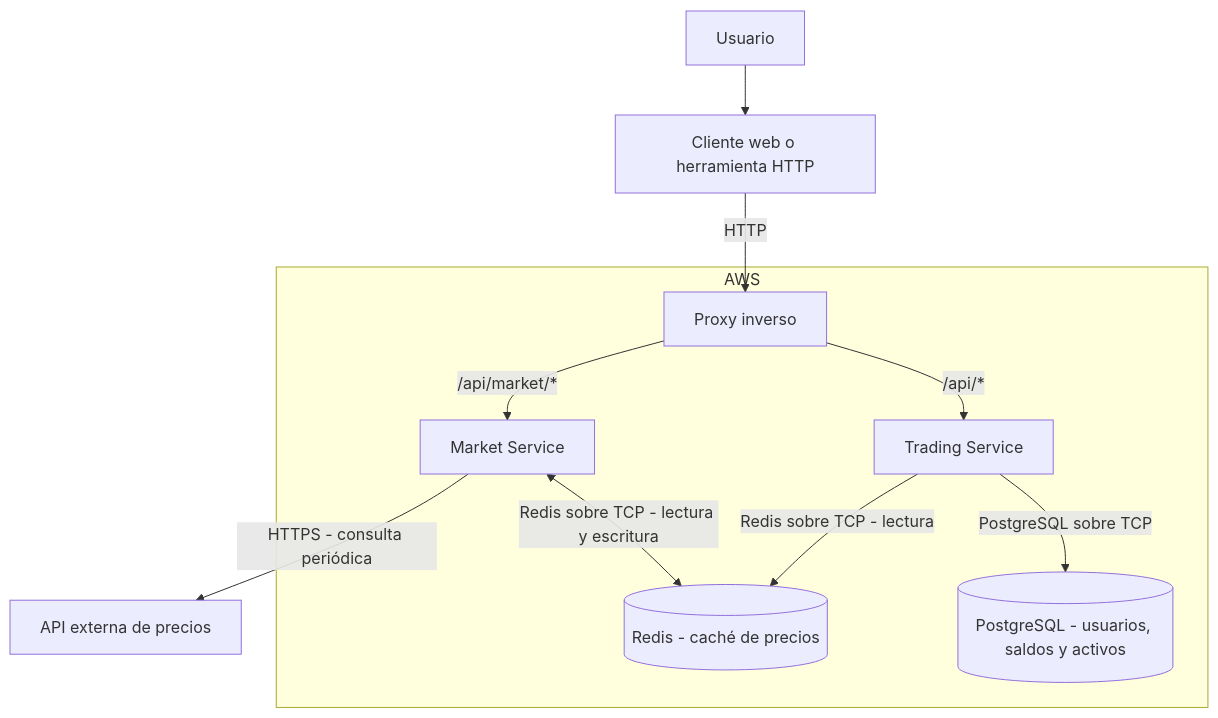
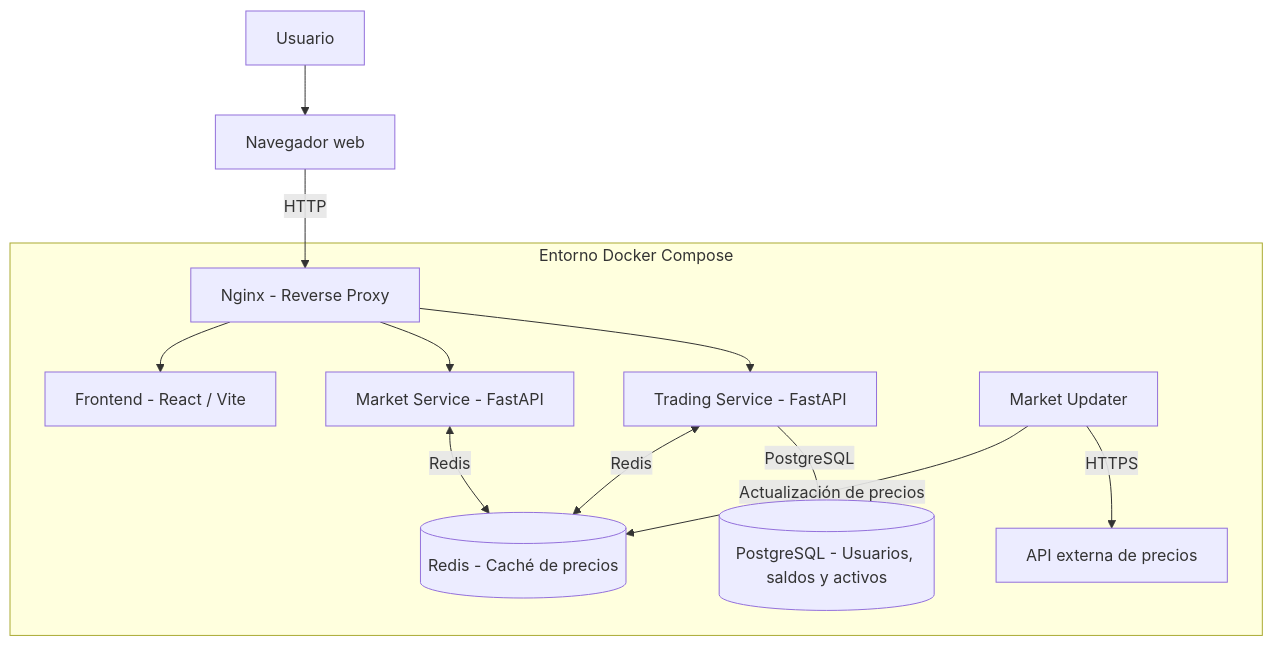
One commit to Yasmine9MS/CC-Practica changed the diagram in README.md. Above: the diagram before and after it, drawn with Mermaid. The commit also changed other lines of this file, not shown here.

Commit message:
docs: update architecture documentation

````diff
--- a/README.md
+++ b/README.md
@@ -81,24 +81,29 @@
 ```mermaid
 flowchart TB
     U["Usuario"]
-    CLI["Cliente web o herramienta HTTP"]
+    CLI["Navegador web"]
     EXT["API externa de precios"]
 
-    subgraph AWS["AWS"]
-        PROXY["Proxy inverso"]
-        MARKET["Market Service"]
-        TRADING["Trading Service"]
-        REDIS[("Redis - caché de precios")]
-        DB[("PostgreSQL - usuarios, saldos y activos")]
+    subgraph DOCKER["Entorno Docker Compose"]
+        PROXY["Nginx - Reverse Proxy"]
+        FRONT["Frontend - React / Vite"]
+        MARKET["Market Service - FastAPI"]
+        TRADING["Trading Service - FastAPI"]
+        UPDATER["Market Updater"]
+        REDIS[("Redis - Caché de precios")]
+        DB[("PostgreSQL - Usuarios, saldos y activos")]
+
+        PROXY --> FRONT
+        PROXY --> MARKET
+        PROXY --> TRADING
+
+        MARKET <-->|"Redis"| REDIS
+        TRADING <-->|"Redis"| REDIS
+        TRADING -->|"PostgreSQL"| DB
+        UPDATER -->|"Actualización de precios"| REDIS
+        UPDATER -->|"HTTPS"| EXT
     end
 
     U --> CLI
     CLI -->|"HTTP"| PROXY
-    PROXY -->|"/api/market/*"| MARKET
-    PROXY -->|"/api/*"| TRADING
-
-    MARKET -->|"HTTPS - consulta periódica"| EXT
-    MARKET <-->|"Redis sobre TCP - lectura y escritura"| REDIS
-    TRADING -->|"Redis sobre TCP - lectura"| REDIS
-    TRADING -->|"PostgreSQL sobre TCP"| DB
 ```
````
